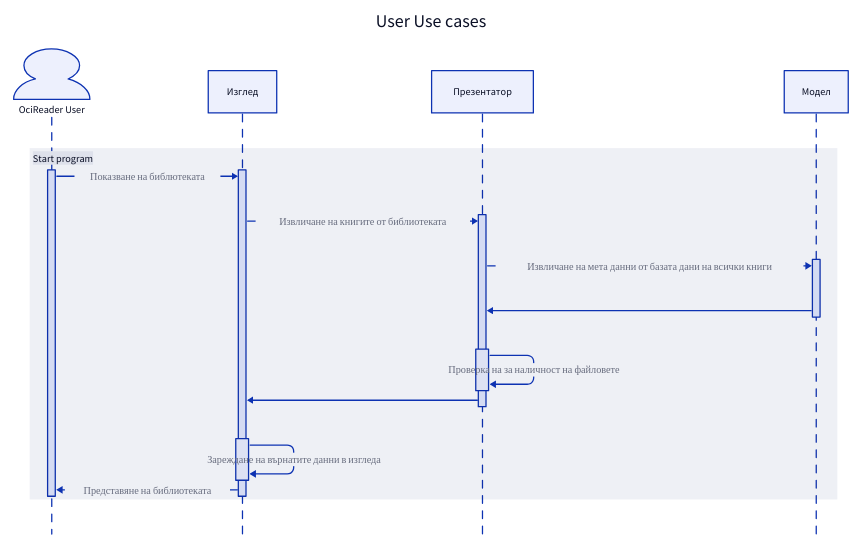
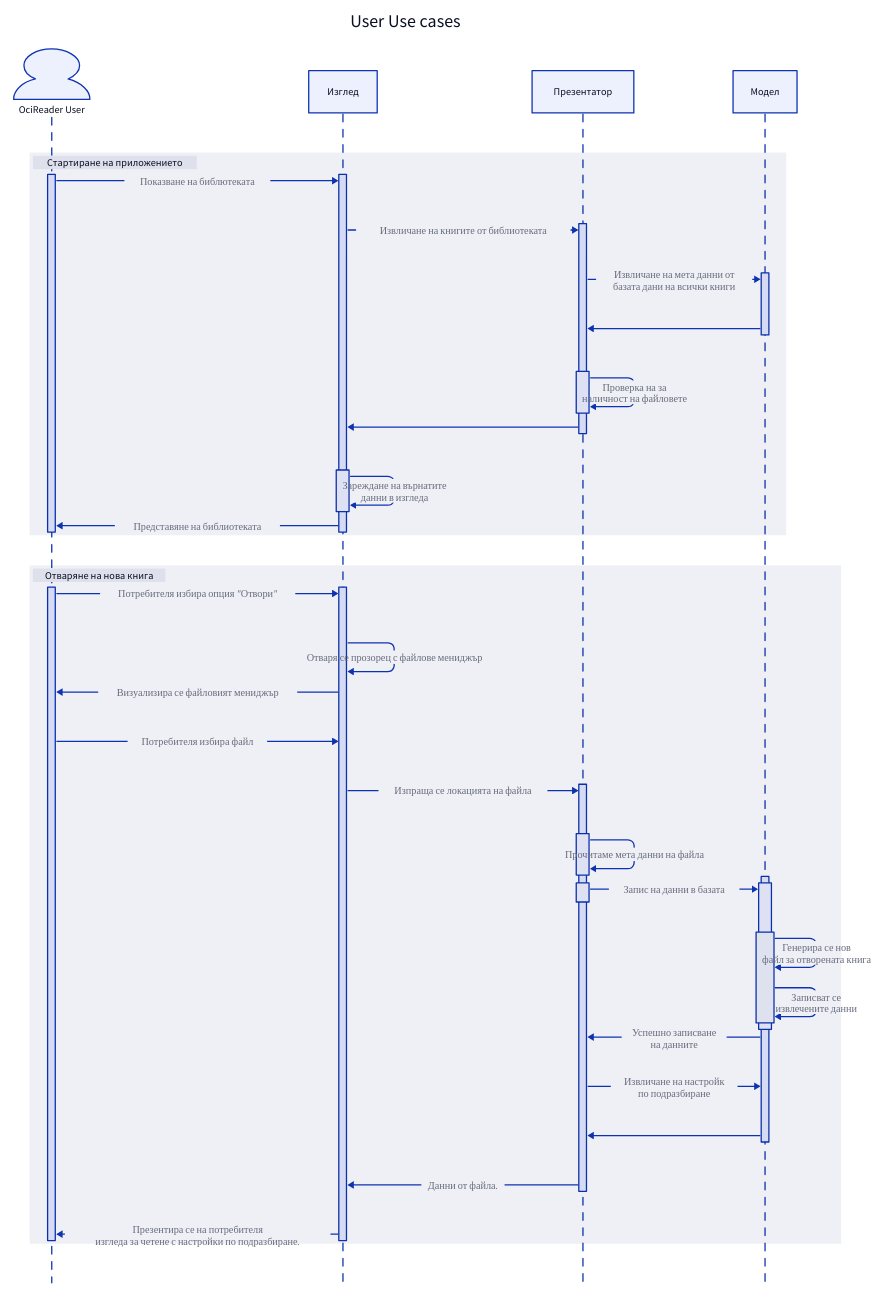
The diagram in user_usecases/open_loaad.d2 (hmilanov/OciReader), drawn with D2 before and after one commit. The commit also changed 2 other files, not shown here.

Commit message:
Added opening to graph

```diff
--- a/user_usecases/open_loaad.d2
+++ b/user_usecases/open_loaad.d2
@@ -1,26 +1,42 @@
 "User Use cases": {
   shape: sequence_diagram
   user: {
     label: OciReader User
     shape: person
   }
   layer1: {
     label: Изглед
   }
   layer2: {
     label: Презентатор
   }
   layer3: {
     label: Модел
   }
-  "Start program": {
+  "Стартиране на приложението": {
     user.start -> layer1.start: Показване на библютеката\n
     layer1.start -> layer2.start: Извличане на книгите от библиотеката\n
-    layer2.start -> layer3.start: Извличане на мета данни от базата дани на всички книги
+    layer2.start -> layer3.start: Извличане на мета данни от\nбазата дани на всички книги
     layer3.start -> layer2.start
-    layer2.start.file_check -> layer2.start.file_check: Проверка на за наличност на файловете\n
+    layer2.start.file_check -> layer2.start.file_check: Проверка на за\nналичност на файловете\n
     layer2.start -> layer1.start
-    layer1.start.generate_view -> layer1.start.generate_view: Зареждане на върнатите данни в изгледа\n
+    layer1.start.generate_view -> layer1.start.generate_view: Зареждане на върнатите\nданни в изгледа\n
     layer1.start -> user.start: Представяне на библиотеката\n
   }
+  "Отваряне на нова книга": {
+    user.open -> layer1.open: Потребителя избира опция "Отвори"
+    layer1.open -> layer1.open: Отваря се прозорец с файлове мениджър
+    layer1.open -> user.open: Визуализира се файловият мениджър
+    user.open -> layer1.open: Потребителя избира файл
+    layer1.open -> layer2.open: Изпраща се локацията на файла
+    layer2.open.read_file -> layer2.open.read_file: Прочитаме мета данни на файла
+    layer2.open.record -> layer3.open.record: Запис на данни в базата
+    layer3.open.record.store_record -> layer3.open.record.store_record: Генерира се нов\nфайл за отворената книга
+    layer3.open.record.store_record -> layer3.open.record.store_record: Записват се\nизвлечените данни
+    layer3.open -> layer2.open: Успешно записване\nна данните
+    layer2.open -> layer3.open: Извличане на настройк\nпо подразбиране
+    layer3.open -> layer2.open
+    layer2.open -> layer1.open: Данни от файла. 
+    layer1.open -> user.open: Презентира се на потребителя\nизгледа за четене с настройки по подразбиране.
+  }
 }
```
